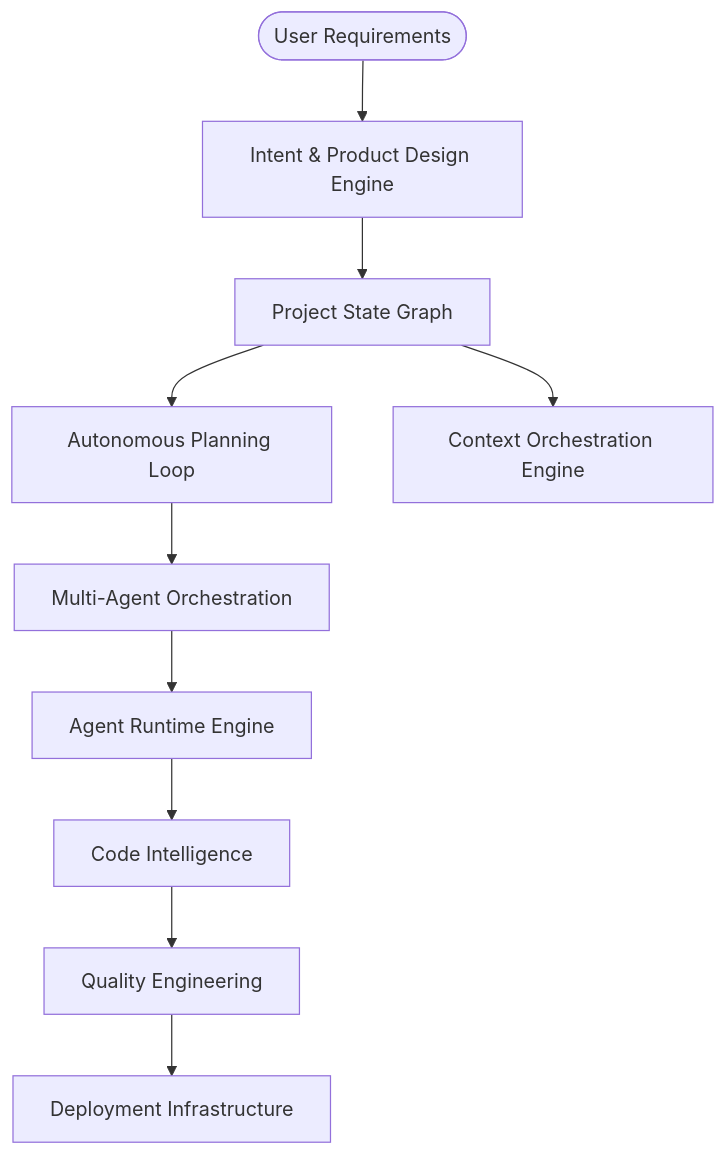
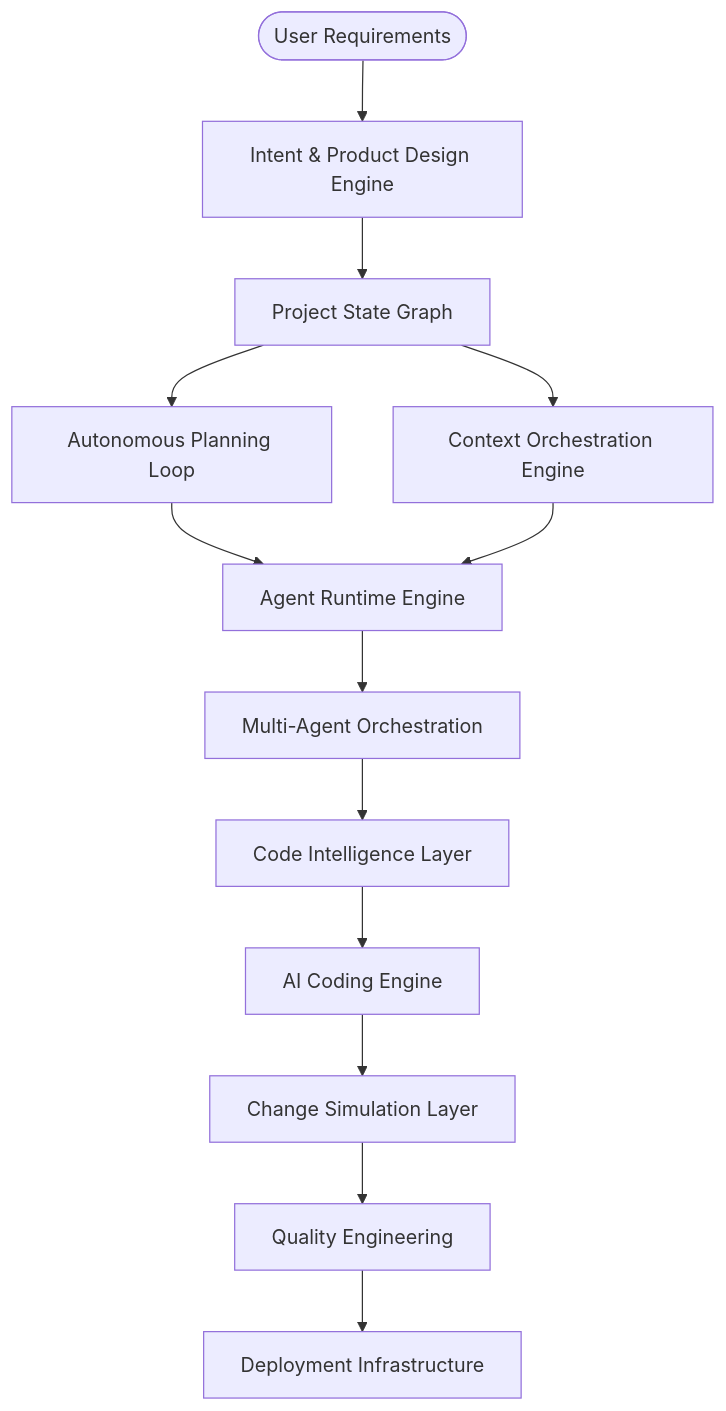
Before and after one commit to pavan53732/true-autonomous-AI-full-stack-app-builder: the diagram in PROJECT_PLAN.md, drawn with Mermaid. The commit also changed other lines of this file, not shown here.

Commit message:
Ultra-Hardened AstraBuild Architecture: Integrated Change Simulation, Tool Execution, and Resource Scheduling Layers.

````diff
--- a/PROJECT_PLAN.md
+++ b/PROJECT_PLAN.md
@@ -493,12 +540,26 @@
 ```mermaid
 graph TD
     User([User Requirements]) --> Planning[Intent & Product Design Engine]
+
     Planning --> PSG[Project State Graph]
+
     PSG --> MissionEngine[Autonomous Planning Loop]
-    MissionEngine --> Agents[Multi-Agent Orchestration]
-    Agents --> Runtime[Agent Runtime Engine]
-    Runtime --> CodeIntel[Code Intelligence]
-    CodeIntel --> Quality[Quality Engineering]
+
+    PSG --> Context[Context Orchestration Engine]
+
+    MissionEngine --> Runtime[Agent Runtime Engine]
+
+    Context --> Runtime
+
+    Runtime --> Agents[Multi-Agent Orchestration]
+
+    Agents --> CodeIntel[Code Intelligence Layer]
+
+    CodeIntel --> Coding[AI Coding Engine]
+
+    Coding --> Simulation[Change Simulation Layer]
+
+    Simulation --> Quality[Quality Engineering]
+
     Quality --> Deploy[Deployment Infrastructure]
-    PSG --> Context[Context Orchestration Engine]
 ```
````
